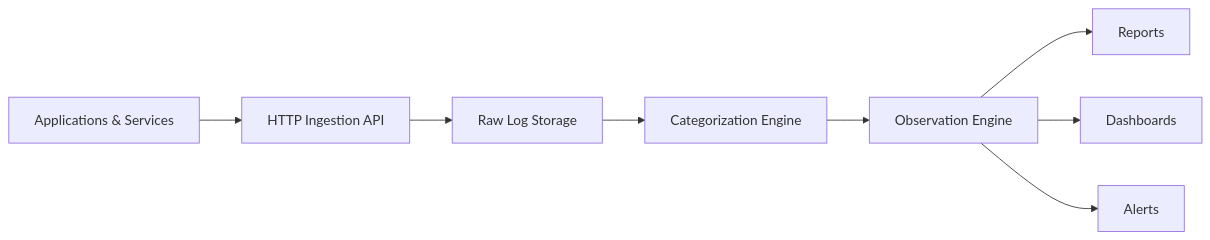
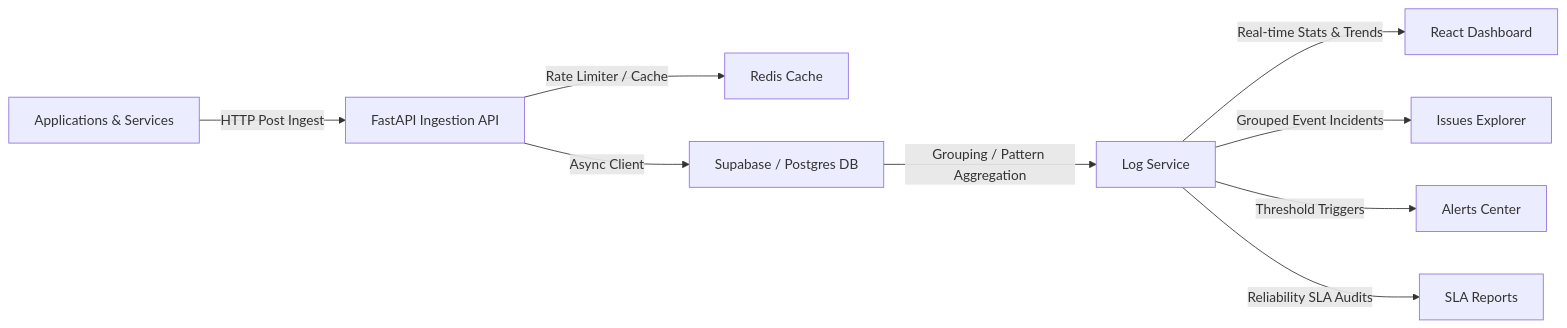
One commit to AD-Technology-Inc/Sentry changed the diagram in README.md. Above: the diagram before and after it, drawn with Mermaid. The commit also changed other lines of this file and 19 other files, not shown here.

````diff
--- a/README.md
+++ b/README.md
@@ -37,20 +9,11 @@
 ```mermaid
 flowchart LR
-    A[Applications & Services]
-    B[HTTP Ingestion API]
-    C[Raw Log Storage]
-    D[Categorization Engine]
-    E[Observation Engine]
-    F[Reports]
-    G[Dashboards]
-    H[Alerts]
-
-    A --> B
-    B --> C
-    C --> D
-    D --> E
-
-    E --> F
-    E --> G
-    E --> H
+    A[Applications & Services] -->|HTTP Post Ingest| B[FastAPI Ingestion API]
+    B -->|Rate Limiter / Cache| C[Redis Cache]
+    B -->|Async Client| D[Supabase / Postgres DB]
+    D -->|Grouping / Pattern Aggregation| E[Log Service]
+    E -->|Real-time Stats & Trends| F[React Dashboard]
+    E -->|Grouped Event Incidents| G[Issues Explorer]
+    E -->|Threshold Triggers| H[Alerts Center]
+    E -->|Reliability SLA Audits| I[SLA Reports]
 ```
````
